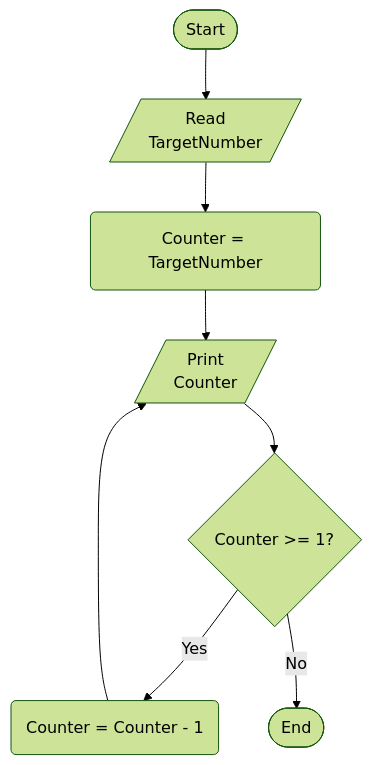
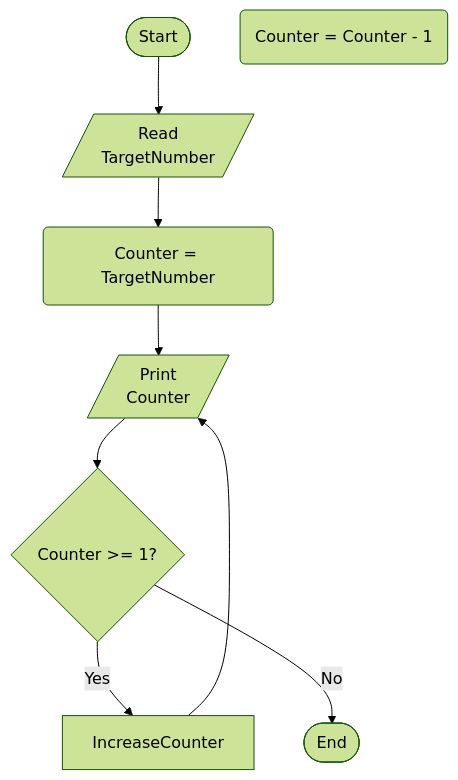
One commit to M4MD24/Algorithms-and-Problem-Solving-Level-1-by-Programming-Advices changed the diagram in src/_25_problem_27/Problem27.mmd. Above: the diagram before and after it, drawn with Mermaid (forest theme).

Commit message:
# Edit Solved Problem 27

```diff
--- a/src/_25_problem_27/Problem27.mmd
+++ b/src/_25_problem_27/Problem27.mmd
@@ -1,16 +1,16 @@
 %% Write a program to print numbers from target number to 1
 %% Steps
 %% Step 1: Ask the user to enter TargetNumber
 %% Step 2: Counter = TargetNumber
 %% Step 3: Recursion to print counter from TargetNumber to 1
 
 flowchart TD
     Start([Start])
     ReadTargetNumber[/Read\nTargetNumber/]
     Counter(Counter = TargetNumber)
     PrintCounter[/Print\nCounter/]
     IsCounterBiggerThanAndEqualTo1{Counter >= 1?}
-    IncreaseCounter(Counter = Counter - 1)
+    DecreaseCounter(Counter = Counter - 1)
     End([End])
     Start --> ReadTargetNumber --> Counter --> PrintCounter --> IsCounterBiggerThanAndEqualTo1 -- Yes --> IncreaseCounter --> PrintCounter
     IsCounterBiggerThanAndEqualTo1 -- No --> End
```
